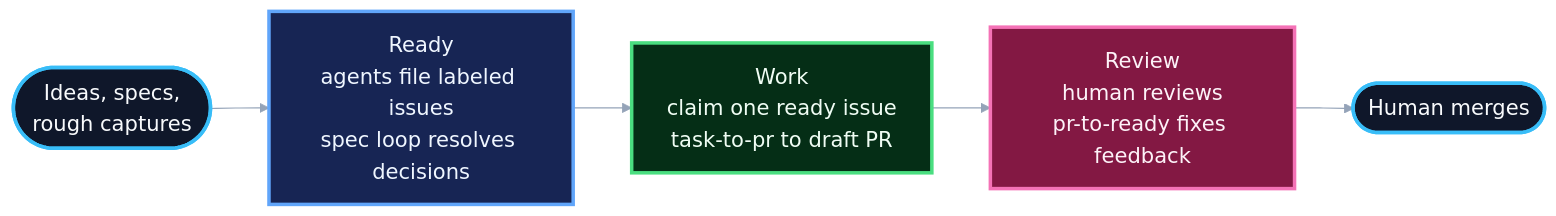
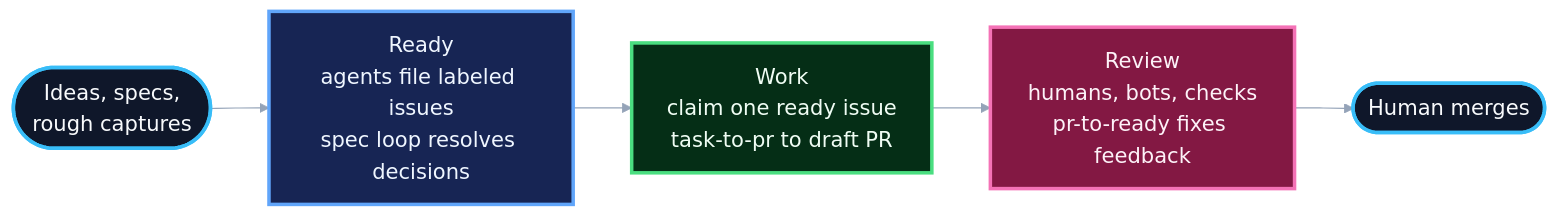
The third of 3 diagrams in README.md (owainlewis/blueprint), drawn with Mermaid before and after one commit. The commit also changed other lines of this file and 7 other files, not shown here.

````diff
--- a/README.md
+++ b/README.md
@@ -157,21 +159,21 @@
 ```mermaid
 %%{init: {"theme": "base", "themeVariables": {"fontFamily": "Inter, ui-sans-serif, system-ui", "fontSize": "18px", "primaryTextColor": "#f8fafc", "tertiaryTextColor": "#f8fafc", "lineColor": "#94a3b8", "edgeLabelBackground": "#020617"}}}%%
 flowchart LR
     Ideas([Ideas, specs,<br/>rough captures])
     Ready["Ready<br/>agents file labeled issues<br/>spec loop resolves decisions"]
     Work["Work<br/>claim one ready issue<br/>task-to-pr to draft PR"]
-    Review["Review<br/>human reviews<br/>pr-to-ready fixes feedback"]
+    Review["Review<br/>humans, bots, checks<br/>pr-to-ready fixes feedback"]
     Merge([Human merges])
 
     Ideas --> Ready --> Work --> Review --> Merge
 
     classDef start fill:#0f172a,stroke:#38bdf8,stroke-width:3px,color:#f8fafc,font-size:18px;
     classDef ready fill:#172554,stroke:#60a5fa,stroke-width:3px,color:#eff6ff,font-size:18px;
     classDef work fill:#052e16,stroke:#4ade80,stroke-width:3px,color:#f0fdf4,font-size:18px;
     classDef review fill:#831843,stroke:#f472b6,stroke-width:3px,color:#fdf2f8,font-size:18px;
 
     class Ideas,Merge start;
     class Ready ready;
     class Work work;
     class Review review;
 ```
````
